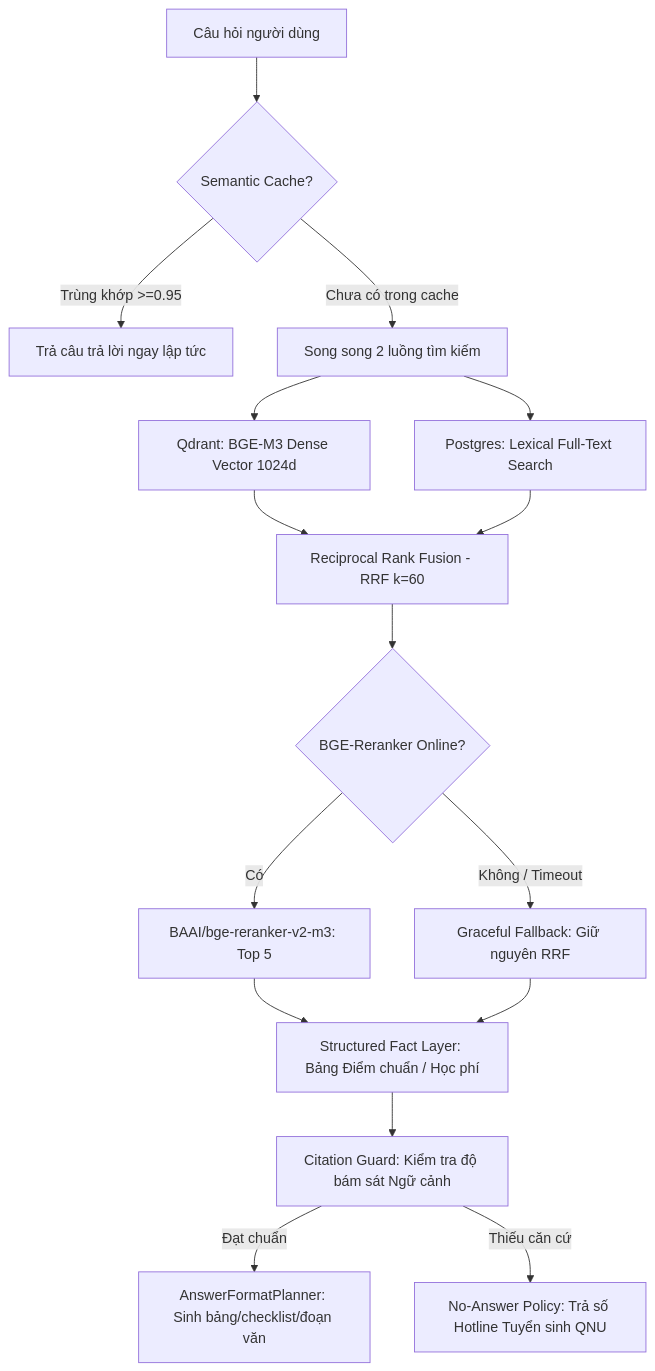
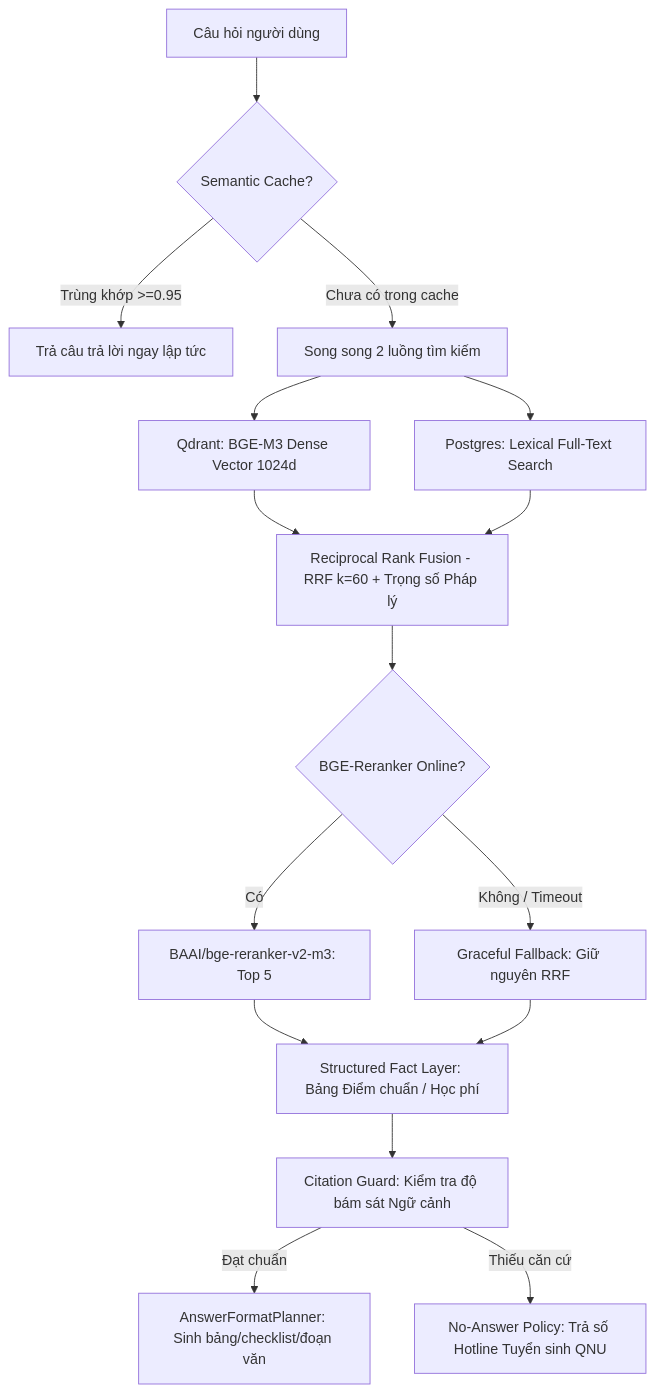
Before and after one commit to hatuandev/qnu-ai-platform: the diagram in .agents/skills/qnu-rag-pipeline/SKILL.md, drawn with Mermaid. The commit also changed other lines of this file and 24 other files, not shown here.

````diff
--- a/.agents/skills/qnu-rag-pipeline/SKILL.md
+++ b/.agents/skills/qnu-rag-pipeline/SKILL.md
@@ -17,23 +15,23 @@
 ```mermaid
 graph TD
     Query[Câu hỏi người dùng] --> Cache{Semantic Cache?}
     Cache -- Trùng khớp >=0.95 --> FastReturn[Trả câu trả lời ngay lập tức]
     Cache -- Chưa có trong cache --> ConcurrentSearch[Song song 2 luồng tìm kiếm]
     
     ConcurrentSearch --> DenseSearch[Qdrant: BGE-M3 Dense Vector 1024d]
     ConcurrentSearch --> SparseSearch[Postgres: Lexical Full-Text Search]
     
-    DenseSearch --> RRF[Reciprocal Rank Fusion - RRF k=60]
+    DenseSearch --> RRF[Reciprocal Rank Fusion - RRF k=60 + Trọng số Pháp lý]
     SparseSearch --> RRF
     
     RRF --> RerankCheck{BGE-Reranker Online?}
     RerankCheck -- Có --> CrossEncoder[BAAI/bge-reranker-v2-m3: Top 5]
     RerankCheck -- Không / Timeout --> FallbackRRF[Graceful Fallback: Giữ nguyên RRF]
     
     CrossEncoder --> FactLayer[Structured Fact Layer: Bảng Điểm chuẩn / Học phí]
     FallbackRRF --> FactLayer
     
     FactLayer --> CitationGuard[Citation Guard: Kiểm tra độ bám sát Ngữ cảnh]
     CitationGuard -- Đạt chuẩn --> Composer[AnswerFormatPlanner: Sinh bảng/checklist/đoạn văn]
     CitationGuard -- Thiếu căn cứ --> PoliteRefusal[No-Answer Policy: Trả số Hotline Tuyển sinh QNU]
 ```
````
